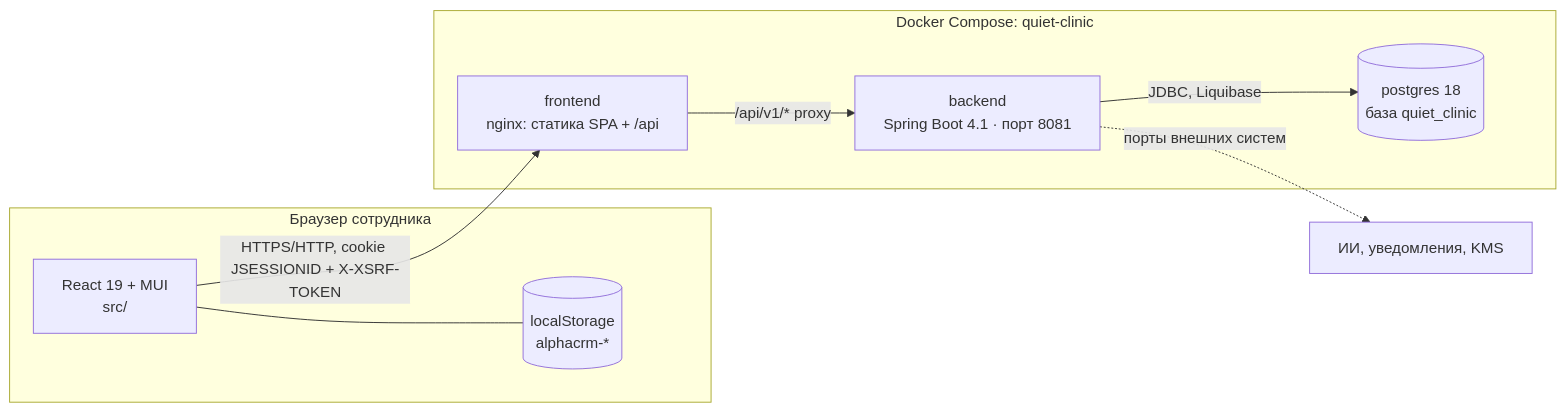
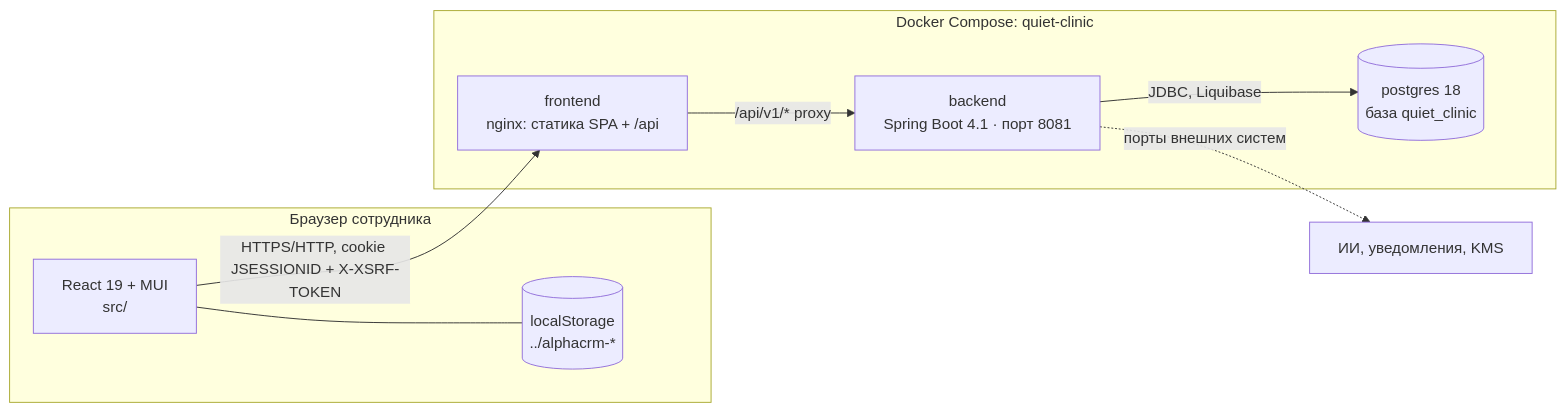
One commit to IlyaSimis/AlphaCRM changed the first of 5 diagrams in docs/architecture.md. Above: the diagram before and after it, drawn with Mermaid. The commit also changed other lines of this file and 135 other files, not shown here.

````diff
--- a/docs/architecture.md
+++ b/docs/architecture.md
@@ -23,17 +23,17 @@
 ```mermaid
 flowchart LR
     subgraph Browser["Браузер сотрудника"]
         SPA["React 19 + MUI<br/>src/"]
-        LS[("localStorage<br/>alphacrm-*")]
+        LS[("localStorage<br/>../alphacrm-*")]
     end
     subgraph Docker["Docker Compose: quiet-clinic"]
         NGINX["frontend<br/>nginx: статика SPA + /api"]
         API["backend<br/>Spring Boot 4.1 · порт 8081"]
         PG[("postgres 18<br/>база quiet_clinic")]
     end
     SPA -- "HTTPS/HTTP, cookie JSESSIONID + X-XSRF-TOKEN" --> NGINX
     NGINX -- "/api/v1/* proxy" --> API
     API -- "JDBC, Liquibase" --> PG
     SPA --- LS
     API -. "порты внешних систем" .-> EXT["ИИ, уведомления, KMS"]
 ```
````
